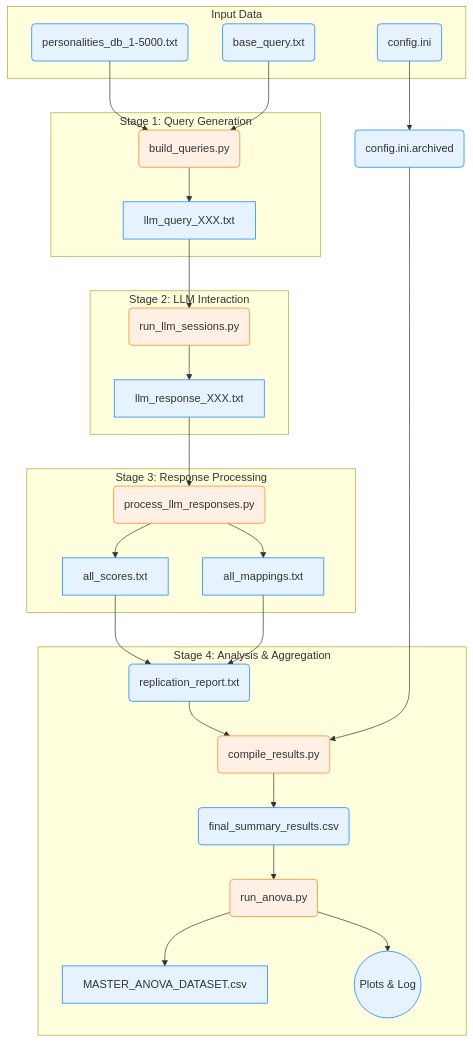
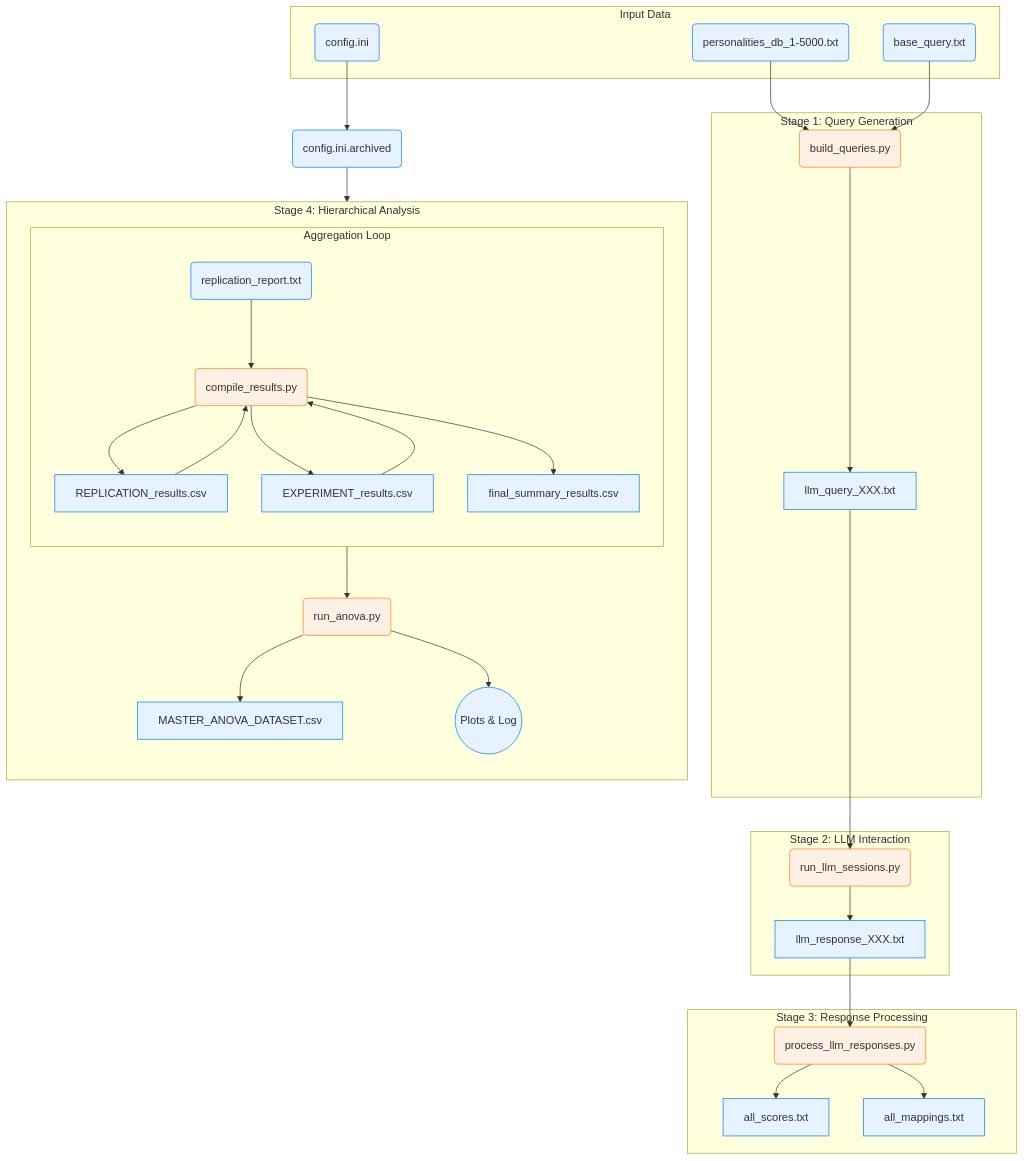
One commit to peterjmarko/llm-narrative-framework changed the diagram in docs/diagrams/architecture_data_flow.mmd. Above: the diagram before and after it, drawn with Mermaid. The commit also changed 9 other files, not shown here.

```diff
--- a/docs/diagrams/architecture_data_flow.mmd
+++ b/docs/diagrams/architecture_data_flow.mmd
@@ -1,48 +1,56 @@
 graph TD
     subgraph "Input Data"
         A1(personalities_db_1-5000.txt)
         A2(base_query.txt)
         A3(config.ini)
     end
 
     subgraph "Stage 1: Query Generation"
         B(build_queries.py)
         A1 & A2 --> B
         B --> C[llm_query_XXX.txt]
     end
     
     subgraph "Stage 2: LLM Interaction"
         D(run_llm_sessions.py)
         C --> D
         D --> E[llm_response_XXX.txt]
     end
     
     subgraph "Stage 3: Response Processing"
         F(process_llm_responses.py)
         E --> F
         F --> G[all_scores.txt]
         F --> H[all_mappings.txt]
     end
     
-    subgraph "Stage 4: Analysis & Aggregation"
+    subgraph "Stage 4: Hierarchical Analysis"
+        direction TB
         I(compile_results.py)
         J(run_anova.py)
         
-        G & H --> M(replication_report.txt)
-        M --> I
-        I --> K(final_summary_results.csv)
-        K --> J
-        J --> L[MASTER_ANOVA_DATASET.csv]
-        J --> N((Plots & Log))
+        subgraph "Aggregation Loop"
+            direction TB
+            M(replication_report.txt) --> I;
+            I --> K_rep[REPLICATION_results.csv];
+            K_rep --> I;
+            I --> K_exp[EXPERIMENT_results.csv];
+            K_exp --> I;
+            I --> K_final[final_summary_results.csv];
+        end
+
+        K_final --> J;
+        J --> L[MASTER_ANOVA_DATASET.csv];
+        J --> N((Plots & Log));
     end
     
     %% This shows that the config is archived early in the process
     A3 --> O(config.ini.archived):::Data
     
     %% This shows the archived config is now a primary input for compilation
     O --> I
 
     classDef Data fill:#e6f3ff,stroke:#007bff
     classDef Script fill:#fff0e6,stroke:#ff7f0e
-    class A1,A2,A3,C,E,G,H,K,L,M,N,O Data
+    class A1,A2,A3,C,E,G,H,K_rep,K_exp,K_final,L,M,N,O Data
     class B,D,F,I,J Script
```
